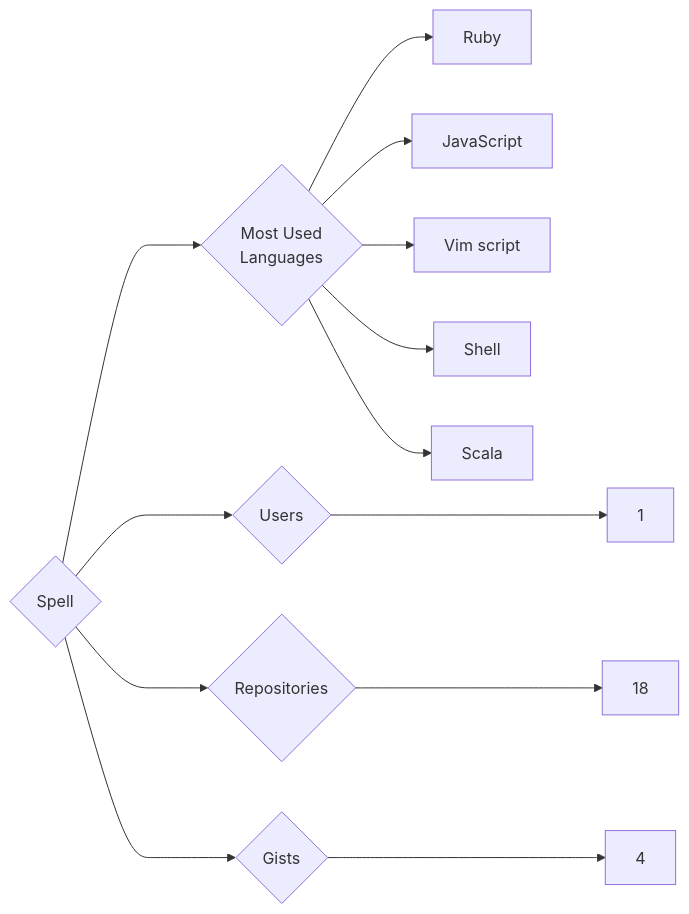
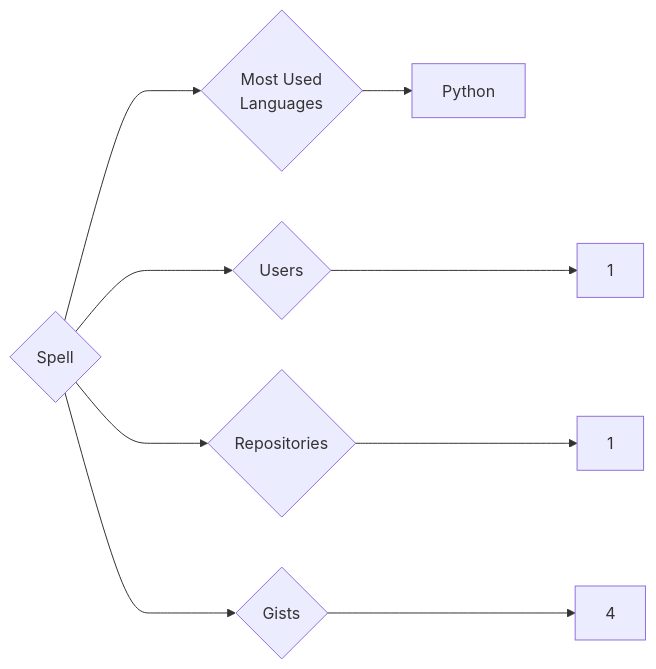
One commit to trickest/insiders changed the diagram in targets/Spell/README.md. Above: the diagram before and after it, drawn with Mermaid. The commit also changed 955 other files, not shown here.

````diff
--- a/targets/Spell/README.md
+++ b/targets/Spell/README.md
@@ -3,13 +3,9 @@
 ```mermaid
 graph LR
 COMPANY_NAME{Spell}
 COMPANY_NAME ---> U{Users} ---> UN[1]
-COMPANY_NAME ---> R{Repositories} ---> RN[18]
+COMPANY_NAME ---> R{Repositories} ---> RN[1]
 COMPANY_NAME ---> G{Gists} ---> GN[4]
 COMPANY_NAME ---> ML{Most Used<br>Languages}
-ML --> Ruby[Ruby]
-ML --> JavaScript[JavaScript]
-ML --> Vim_script[Vim script]
-ML --> Shell[Shell]
-ML --> Scala[Scala]
+ML --> Python[Python]
 ```
````
